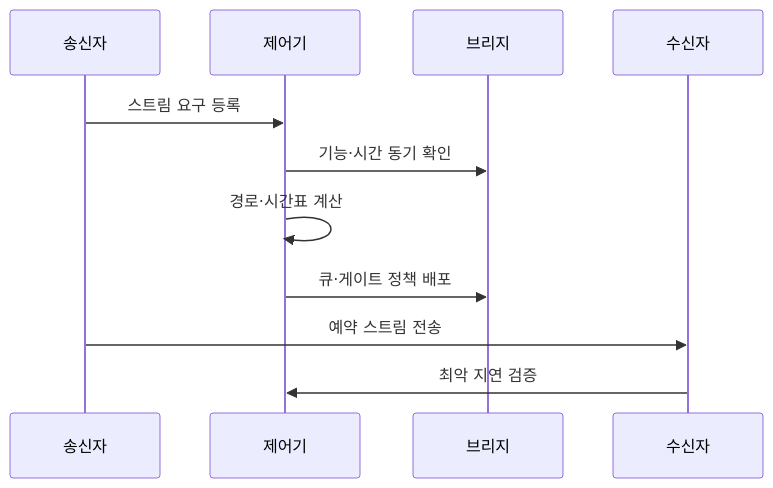
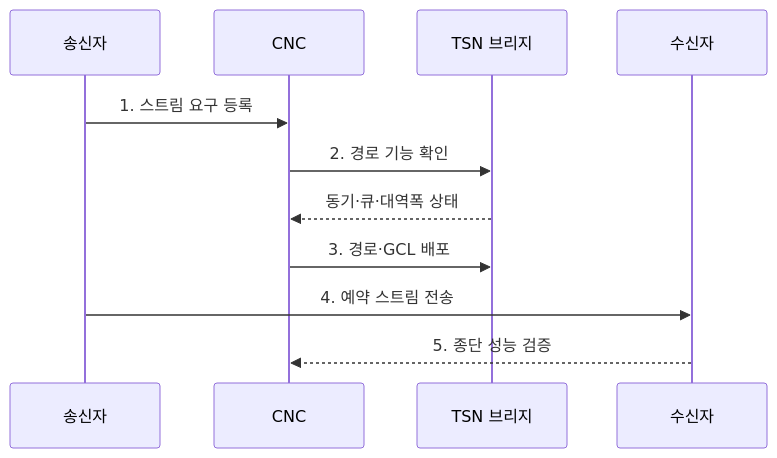
Before and after one commit to agnusdei1207/knowledge-base: the second of 2 diagrams in src/content/docs/notes/04-network/083_time_sensitive_networking.md, drawn with Mermaid. The commit also changed other lines of this file and 11 other files, not shown here.

````diff
--- a/src/content/docs/notes/04-network/083_time_sensitive_networking.md
+++ b/src/content/docs/notes/04-network/083_time_sensitive_networking.md
@@ -82,13 +79,13 @@
 ```mermaid
 sequenceDiagram
-    participant 송신자
-    participant 제어기
-    participant 브리지
-    participant 수신자
-    송신자->>제어기: 스트림 요구 등록
-    제어기->>브리지: 기능·시간 동기 확인
-    제어기->>제어기: 경로·시간표 계산
-    제어기->>브리지: 큐·게이트 정책 배포
-    송신자->>수신자: 예약 스트림 전송
-    수신자->>제어기: 최악 지연 검증
+    participant T as 송신자
+    participant C as CNC
+    participant B as TSN 브리지
+    participant L as 수신자
+    T->>C: 1. 스트림 요구 등록
+    C->>B: 2. 경로 기능 확인
+    B-->>C: 동기·큐·대역폭 상태
+    C->>B: 3. 경로·GCL 배포
+    T->>L: 4. 예약 스트림 전송
+    L-->>C: 5. 종단 성능 검증
 ```
````
